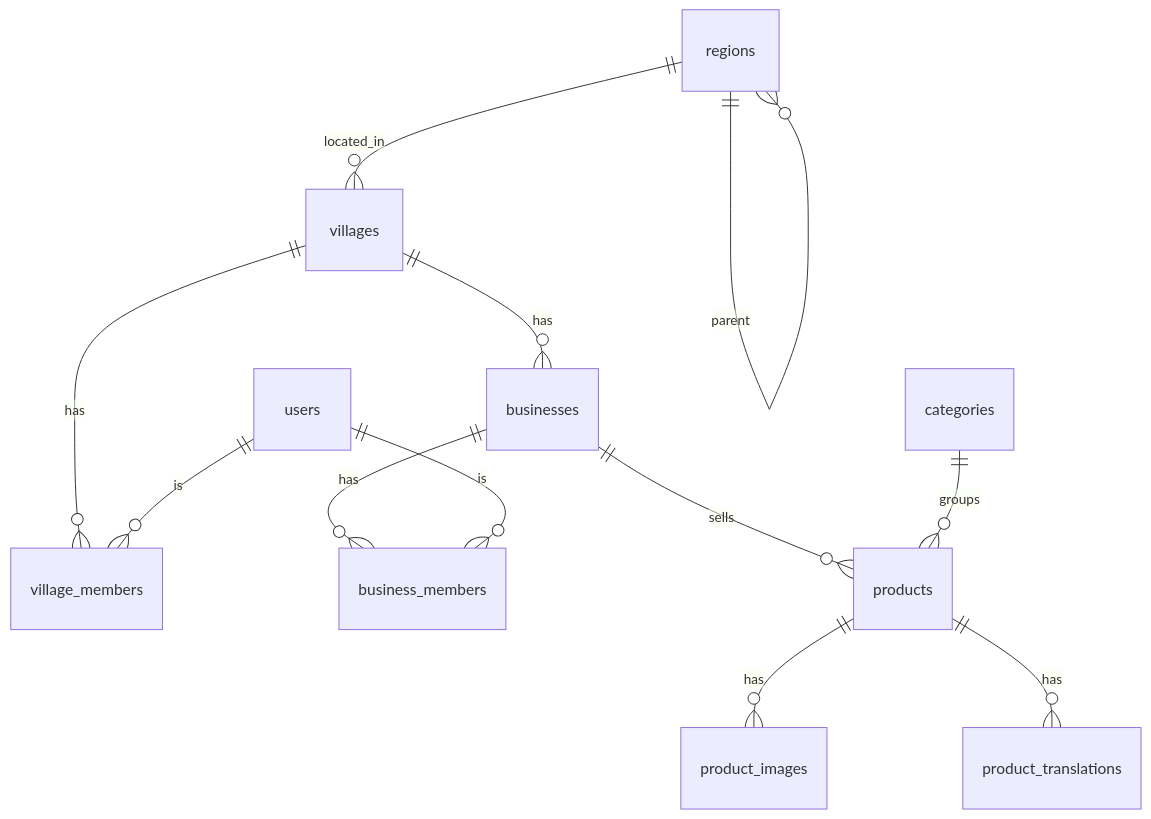
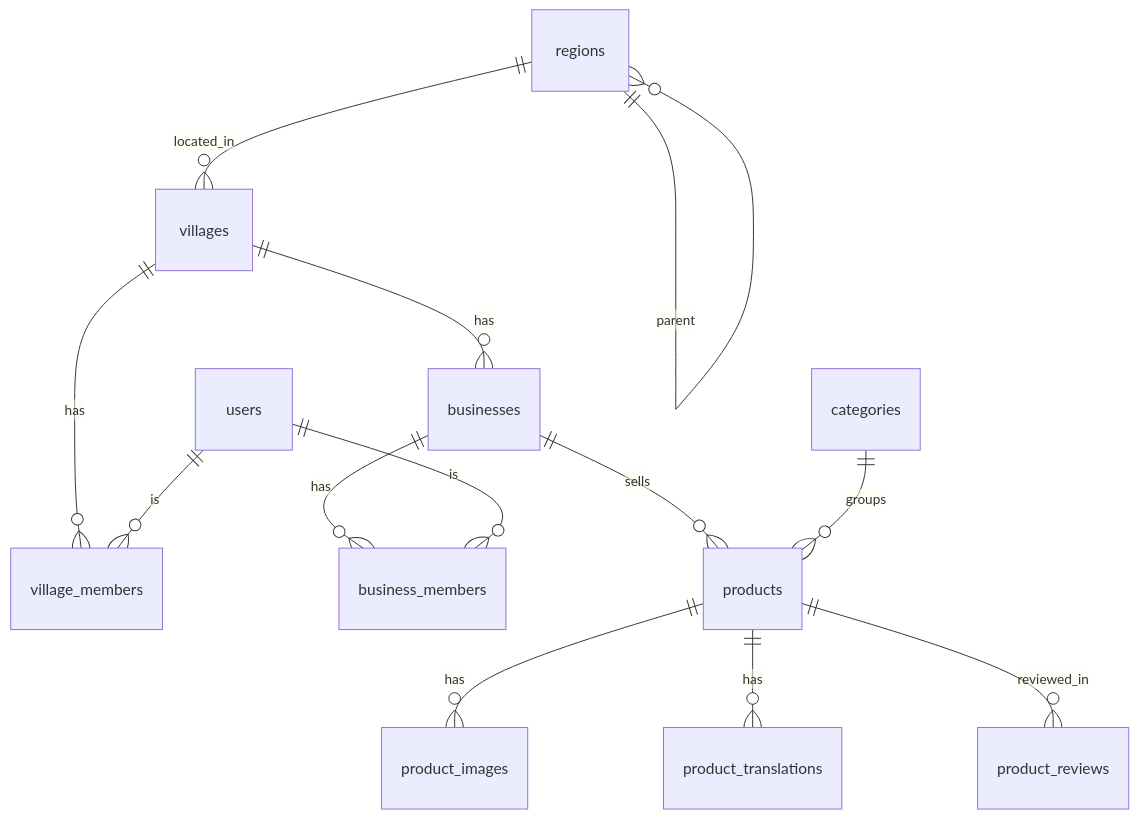
Before and after one commit to raflimaulanayh/desanara.app: the diagram in docs/architecture/data-model.md, drawn with Mermaid. The commit also changed other lines of this file and 131 other files, not shown here.

First line of the commit message:
feat: buyer reviews, product detail revamp, layered map and order step

````diff
--- a/docs/architecture/data-model.md
+++ b/docs/architecture/data-model.md
@@ -5,14 +5,15 @@
 ```mermaid
 erDiagram
   regions ||--o{ regions : parent
   regions ||--o{ villages : located_in
   villages ||--o{ village_members : has
   villages ||--o{ businesses : has
   businesses ||--o{ business_members : has
   businesses ||--o{ products : sells
   categories ||--o{ products : groups
   products ||--o{ product_images : has
   products ||--o{ product_translations : has
+  products ||--o{ product_reviews : reviewed_in
   users ||--o{ village_members : is
   users ||--o{ business_members : is
 ```
````
